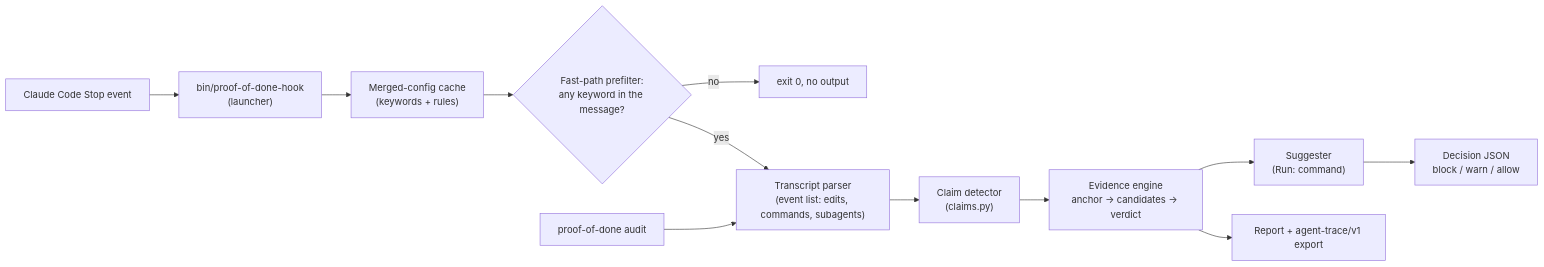
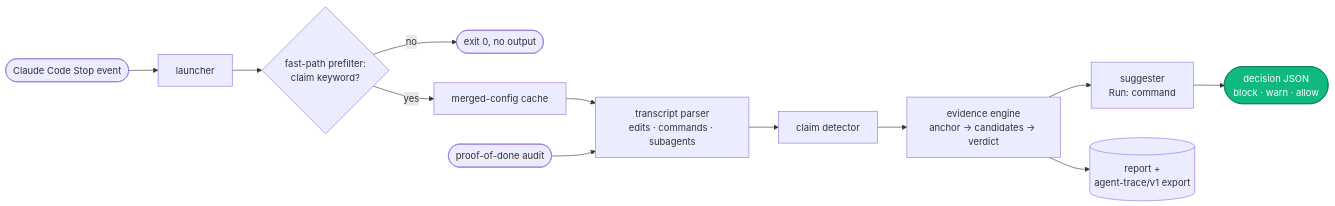
Before and after one commit to B0yko/proof-of-done: the diagram in README.md, drawn with Mermaid. The commit also changed other lines of this file, not shown here.

````diff
--- a/README.md
+++ b/README.md
@@ -110,15 +118,16 @@
 ```mermaid
 flowchart LR
-    A["Claude Code Stop event"] --> B["bin/proof-of-done-hook<br/>(launcher)"]
-    B --> C["Merged-config cache<br/>(keywords + rules)"]
-    C --> D{"Fast-path prefilter:<br/>any keyword in the message?"}
-    D -- no --> E["exit 0, no output"]
-    D -- yes --> F["Transcript parser<br/>(event list: edits, commands, subagents)"]
-    F --> G["Claim detector<br/>(claims.py)"]
-    G --> H["Evidence engine<br/>anchor → candidates → verdict"]
-    H --> I["Suggester<br/>(Run: command)"]
-    I --> J["Decision JSON<br/>block / warn / allow"]
-
-    K["proof-of-done audit"] --> F
-    H --> L["Report + agent-trace/v1 export"]
+    A([Claude Code Stop event]) --> B[launcher]
+    B --> C{fast-path prefilter:<br/>claim keyword?}
+    C -- no --> D([exit 0, no output])
+    C -- yes --> E[merged-config cache]
+    E --> F[transcript parser<br/>edits · commands · subagents]
+    F --> G[claim detector]
+    G --> H[evidence engine<br/>anchor → candidates → verdict]
+    H --> I[suggester<br/>Run: command]
+    I --> J([decision JSON<br/>block · warn · allow])
+    K([proof-of-done audit]) --> F
+    H --> L[(report +<br/>agent-trace/v1 export)]
+    classDef accent fill:#10b981,stroke:#047857,color:#ffffff
+    class J accent
 ```
````
